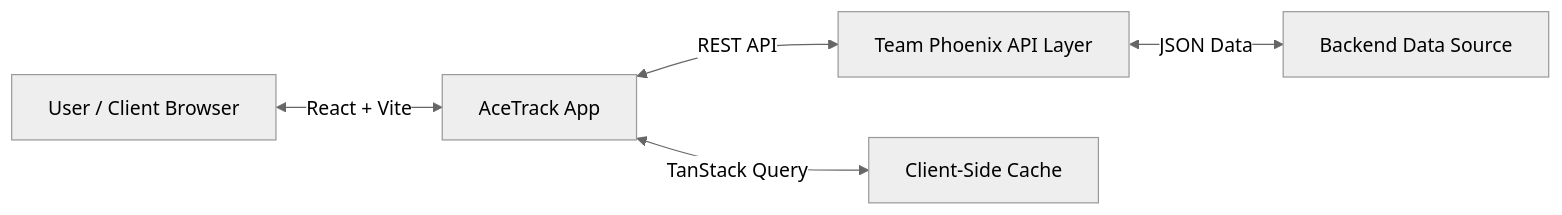
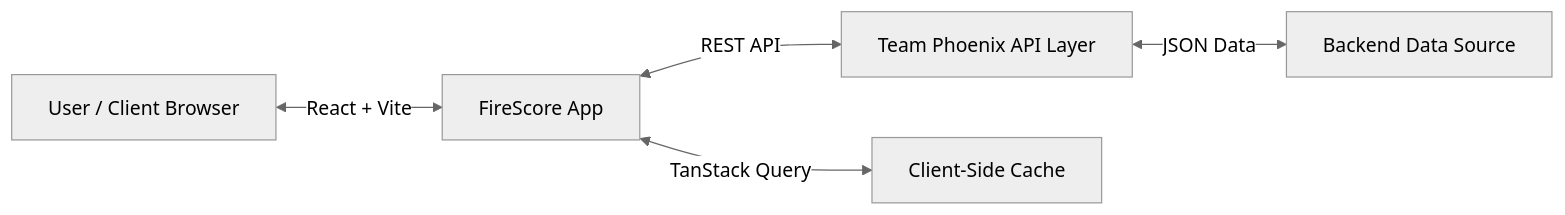
The diagram in docs/technical/architecture.md (Devz-0047/fireScoreDocs), drawn with Mermaid (neutral theme) before and after one commit. The commit also changed other lines of this file and 3 other files, not shown here.

````diff
--- a/docs/technical/architecture.md
+++ b/docs/technical/architecture.md
@@ -11,7 +11,7 @@
 ```mermaid
 graph LR
-    User[User / Client Browser] <-->|React + Vite| Frontend[AceTrack App]
+    User[User / Client Browser] <-->|React + Vite| Frontend[FireScore App]
     Frontend <-->|REST API| API[Team Phoenix API Layer]
     Frontend <-->|TanStack Query| Cache[Client-Side Cache]
     API <-->|JSON Data| DB[Backend Data Source]
 ```
````
